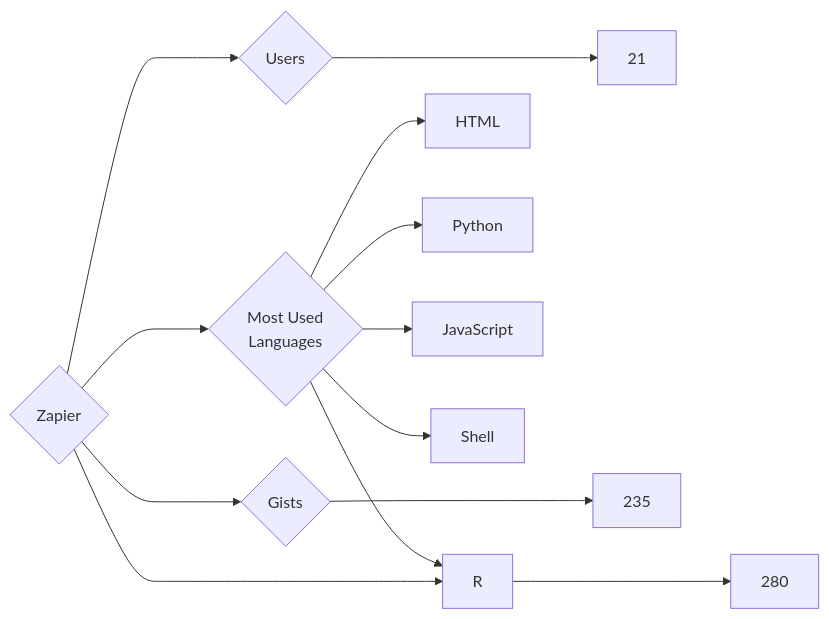
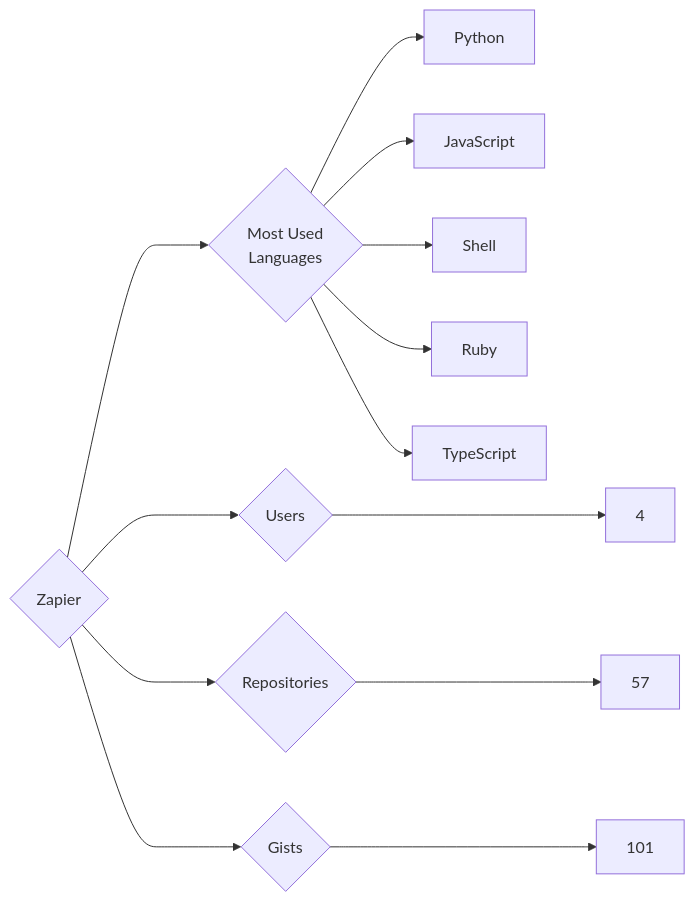
One commit to trickest/insiders changed the diagram in targets/Zapier/README.md. Above: the diagram before and after it, drawn with Mermaid. The commit also changed 895 other files, not shown here.

````diff
--- a/targets/Zapier/README.md
+++ b/targets/Zapier/README.md
@@ -3,13 +3,13 @@
 ```mermaid
 graph LR
 COMPANY_NAME{Zapier}
-COMPANY_NAME ---> U{Users} ---> UN[21]
-COMPANY_NAME ---> R{Repositories} ---> RN[280]
-COMPANY_NAME ---> G{Gists} ---> GN[235]
+COMPANY_NAME ---> U{Users} ---> UN[4]
+COMPANY_NAME ---> R{Repositories} ---> RN[57]
+COMPANY_NAME ---> G{Gists} ---> GN[101]
 COMPANY_NAME ---> ML{Most Used<br>Languages}
-ML --> HTML[HTML]
 ML --> Python[Python]
 ML --> JavaScript[JavaScript]
-ML --> R[R]
 ML --> Shell[Shell]
+ML --> Ruby[Ruby]
+ML --> TypeScript[TypeScript]
 ```
````
